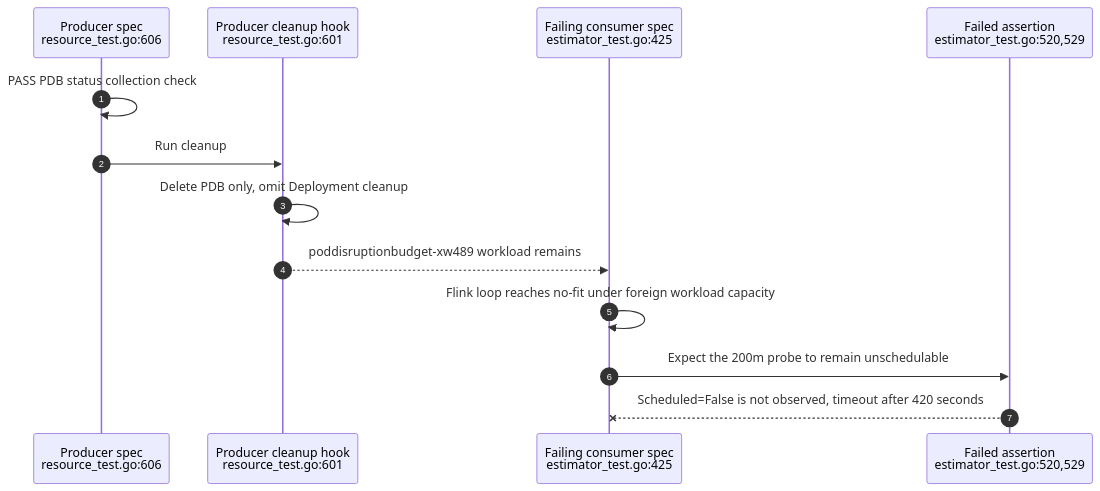
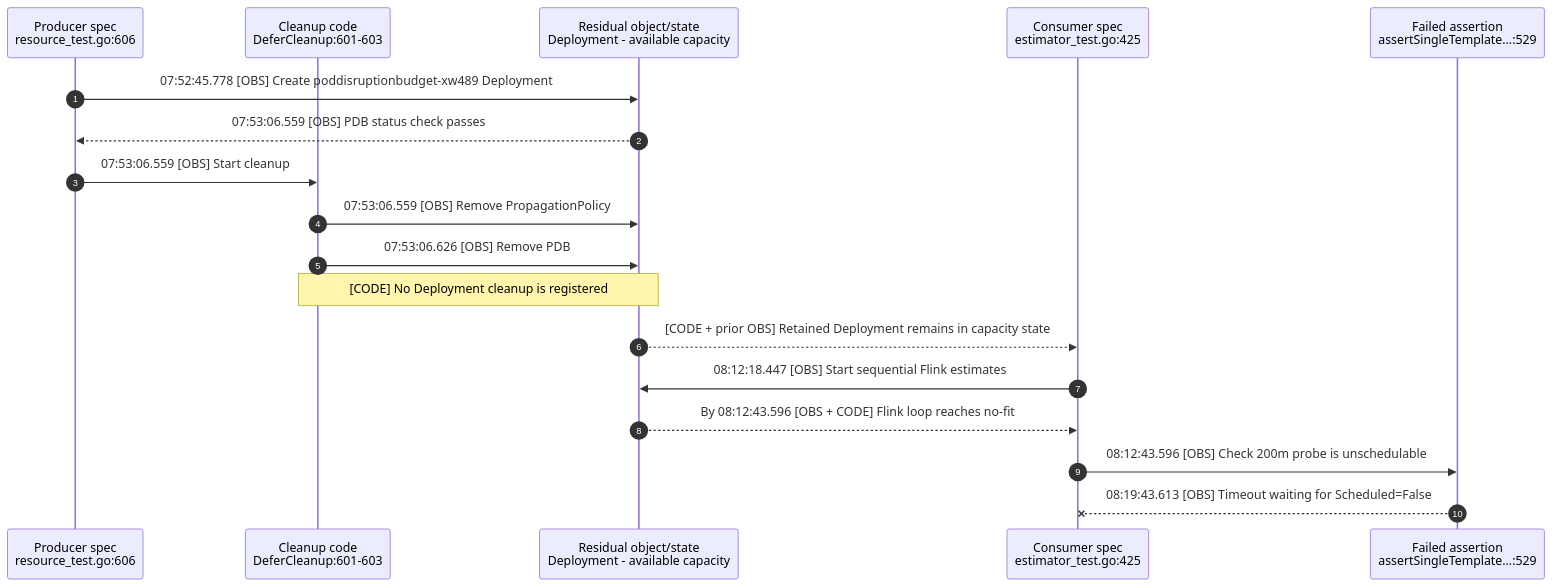
The second of 2 diagrams in internship-reports/day48-issue7826-revised-body-draft.md (ranxi2001/karmada), drawn with Mermaid before and after one commit. The commit also changed other lines of this file and 2 other files, not shown here.

````diff
--- a/internship-reports/day48-issue7826-revised-body-draft.md
+++ b/internship-reports/day48-issue7826-revised-body-draft.md
@@ -49,16 +55,21 @@
 ```mermaid
 sequenceDiagram
     autonumber
     participant P as Producer spec<br/>resource_test.go:606
-    participant H as Producer cleanup hook<br/>resource_test.go:601
-    participant C as Failing consumer spec<br/>estimator_test.go:425
-    participant A as Failed assertion<br/>estimator_test.go:520,529
+    participant H as Cleanup code<br/>DeferCleanup:601-603
+    participant O as Residual object/state<br/>Deployment - available capacity
+    participant C as Consumer spec<br/>estimator_test.go:425
+    participant A as Failed assertion<br/>assertSingleTemplate...:529
 
-    P->>P: PASS PDB status collection check
-    P->>H: Run cleanup
-    H->>H: Delete PDB only, omit Deployment cleanup
-    H-->>C: poddisruptionbudget-xw489 workload remains
-    C->>C: Flink loop reaches no-fit under foreign workload capacity
-    C->>A: Expect the 200m probe to remain unschedulable
-    A--xC: Scheduled=False is not observed, timeout after 420 seconds
+    P->>O: 07:52:45.778 [OBS] Create poddisruptionbudget-xw489 Deployment
+    O-->>P: 07:53:06.559 [OBS] PDB status check passes
+    P->>H: 07:53:06.559 [OBS] Start cleanup
+    H->>O: 07:53:06.559 [OBS] Remove PropagationPolicy
+    H->>O: 07:53:06.626 [OBS] Remove PDB
+    Note over H,O: [CODE] No Deployment cleanup is registered
+    O-->>C: [CODE + prior OBS] Retained Deployment remains in capacity state
+    C->>O: 08:12:18.447 [OBS] Start sequential Flink estimates
+    O-->>C: By 08:12:43.596 [OBS + CODE] Flink loop reaches no-fit
+    C->>A: 08:12:43.596 [OBS] Check 200m probe is unschedulable
+    A--xC: 08:19:43.613 [OBS] Timeout waiting for Scheduled=False
 ```
````
